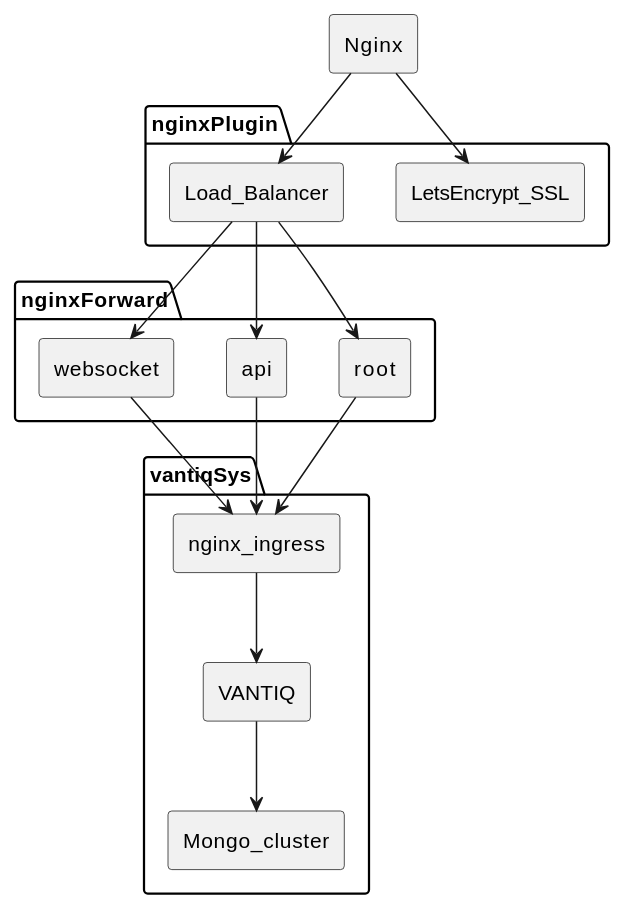
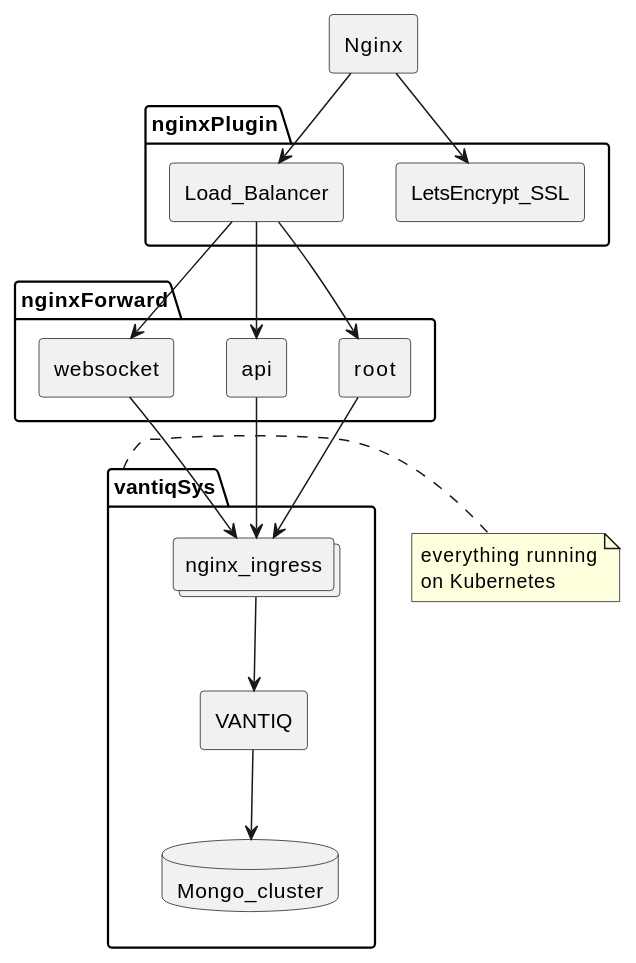
One commit to j3ffyang/container changed the first of 2 diagrams in docs/20200303_nginx_lb.md. Above: the diagram before and after it, drawn with PlantUML. The commit also changed 2 other files, not shown here.

````diff
--- a/docs/20200303_nginx_lb.md
+++ b/docs/20200303_nginx_lb.md
@@ -10,34 +10,36 @@
 ```plantuml
 agent Nginx
 
 package nginxPlugin {
   agent LetsEncrypt_SSL
   agent Load_Balancer
 }
 
 package nginxForward {
   agent root
   agent api
   agent websocket
 }
 
 package vantiqSys {
-  agent nginx_ingress
+  collections nginx_ingress
   agent VANTIQ
-  agent Mongo_cluster
+  database Mongo_cluster
 }
+
+note right of vantiqSys: everything running\non Kubernetes
 
 Nginx --> Load_Balancer
 Nginx --> LetsEncrypt_SSL
 
 Load_Balancer --> root
 Load_Balancer --> api
 Load_Balancer --> websocket
 
 root --> nginx_ingress
 api --> nginx_ingress
 websocket --> nginx_ingress
 
 nginx_ingress --> VANTIQ
 VANTIQ --> Mongo_cluster
 ```
````
